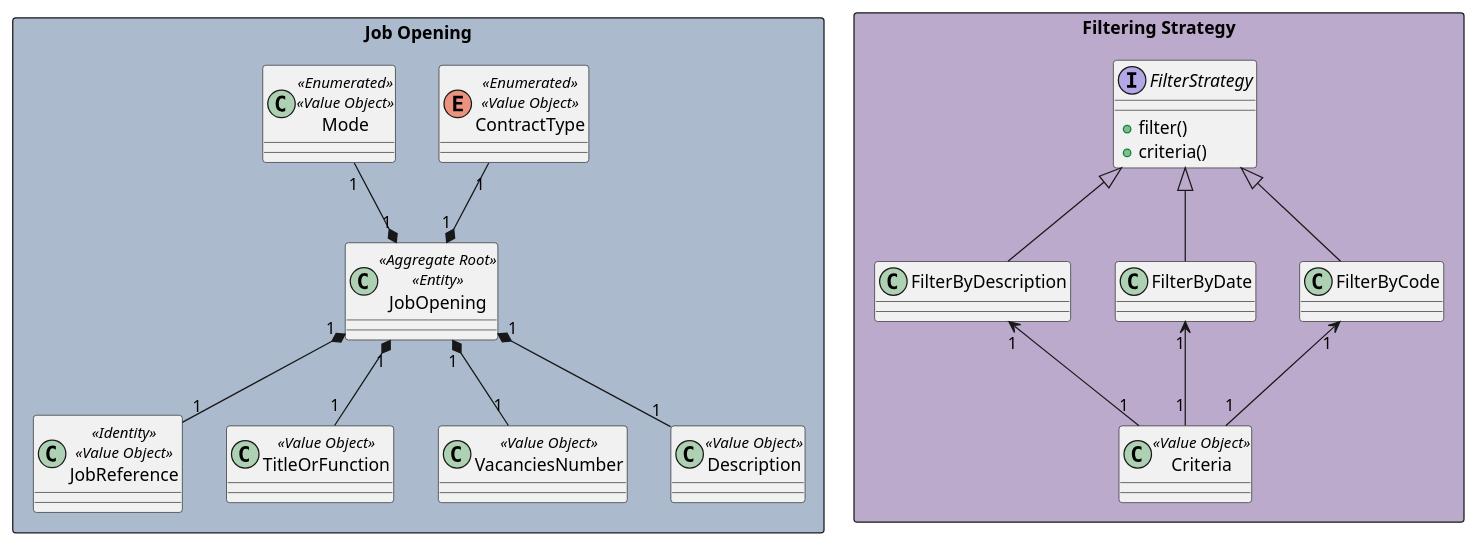
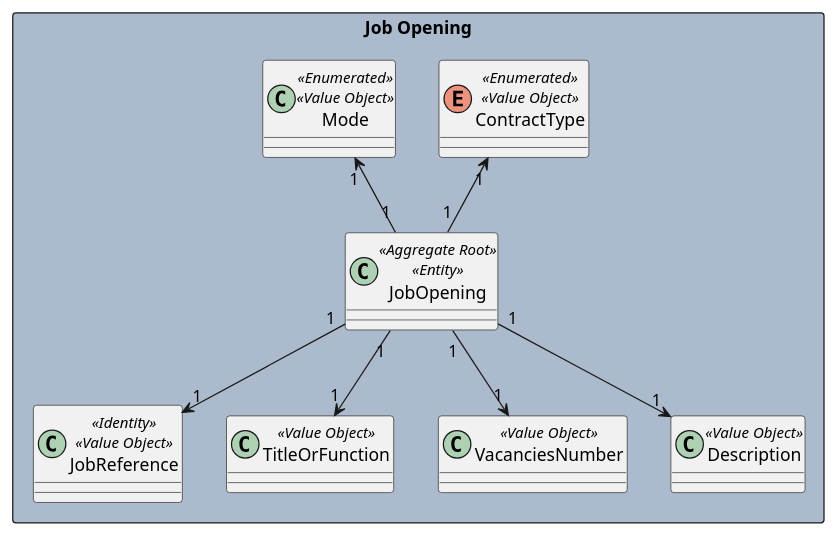
The diagram in docs/sprintB/1003/1003-domain-model.puml (marcoferreira37/Lapr4), drawn with PlantUML before and after one commit. The commit also changed 6 other files, not shown here.

```diff
--- a/docs/sprintB/1003/1003-domain-model.puml
+++ b/docs/sprintB/1003/1003-domain-model.puml
@@ -1,55 +1,55 @@
 @startuml
 ''skinparam monochrome true
 skinparam packageStyle rectangle
 skinparam shadowing false
 
 
 rectangle "Job Opening" #abbacc {
 
     class JobOpening<<Aggregate Root>><<Entity>>{}
 
     class JobReference<<Identity>><<Value Object>>{}
 
     class TitleOrFunction<<Value Object>>{}
 
     enum ContractType<<Enumerated>><<Value Object>>{}
 
     class Mode<<Enumerated>><<Value Object>>{}
 
 
     class VacanciesNumber<<Value Object>>{}
 
     class Description<<Value Object>>{}
 
     ''Maybe go to Interview Model
 
 }
-
-rectangle "Filtering Strategy" #bbaacc {
-interface FilterStrategy{
-
-    +filter()
-    +criteria()
-    }
-
-    class Criteria <<Value Object>>{}
-
-    class FilterByDescription extends FilterStrategy{}
-    class FilterByDate extends FilterStrategy{}
-    class FilterByCode extends FilterStrategy {}
-}
+'
+'rectangle "Filtering Strategy" #bbaacc {
+'interface FilterStrategy{
+'
+'    +filter()
+'    +criteria()
+'    }
+'
+'    class Criteria <<Value Object>>{}
+'
+'    class FilterByDescription extends FilterStrategy{}
+'    class FilterByDate extends FilterStrategy{}
+'    class FilterByCode extends FilterStrategy {}
+'}
 
 
-JobReference "1" -up-* "1" JobOpening
-TitleOrFunction "1" -up-* "1" JobOpening
-ContractType "1" --* "1" JobOpening
-Mode "1" --* "1" JobOpening
-Description "1" -up-* "1" JobOpening
-VacanciesNumber "1" -up-* "1" JobOpening
+JobReference "1" <-up- "1" JobOpening
+TitleOrFunction "1" <-up- "1" JobOpening
+ContractType "1" <-- "1" JobOpening
+Mode "1" <-- "1" JobOpening
+Description "1" <-up- "1" JobOpening
+VacanciesNumber "1" <-up- "1" JobOpening
 
-Criteria "1" -up-> "1" FilterByCode
-Criteria "1" -up-> "1" FilterByDate
-Criteria "1" -up-> "1" FilterByDescription
+'Criteria "1" -up-> "1" FilterByCode
+'Criteria "1" -up-> "1" FilterByDate
+'Criteria "1" -up-> "1" FilterByDescription
 
 
 @enduml
```
